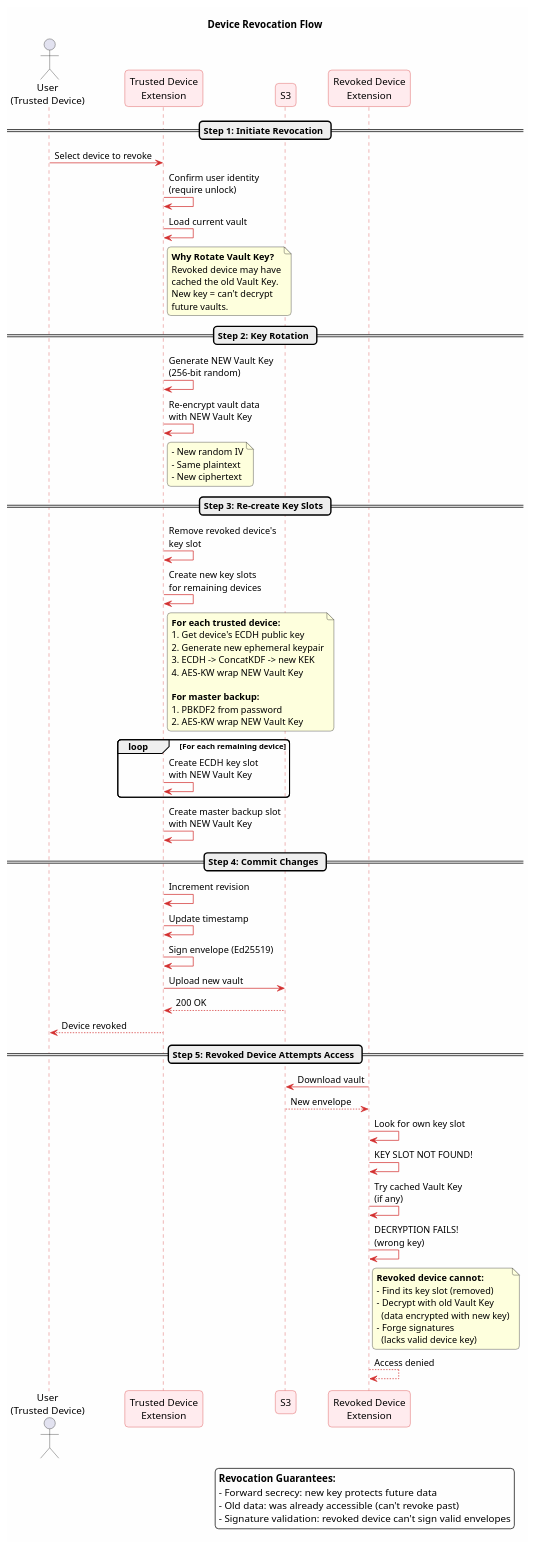
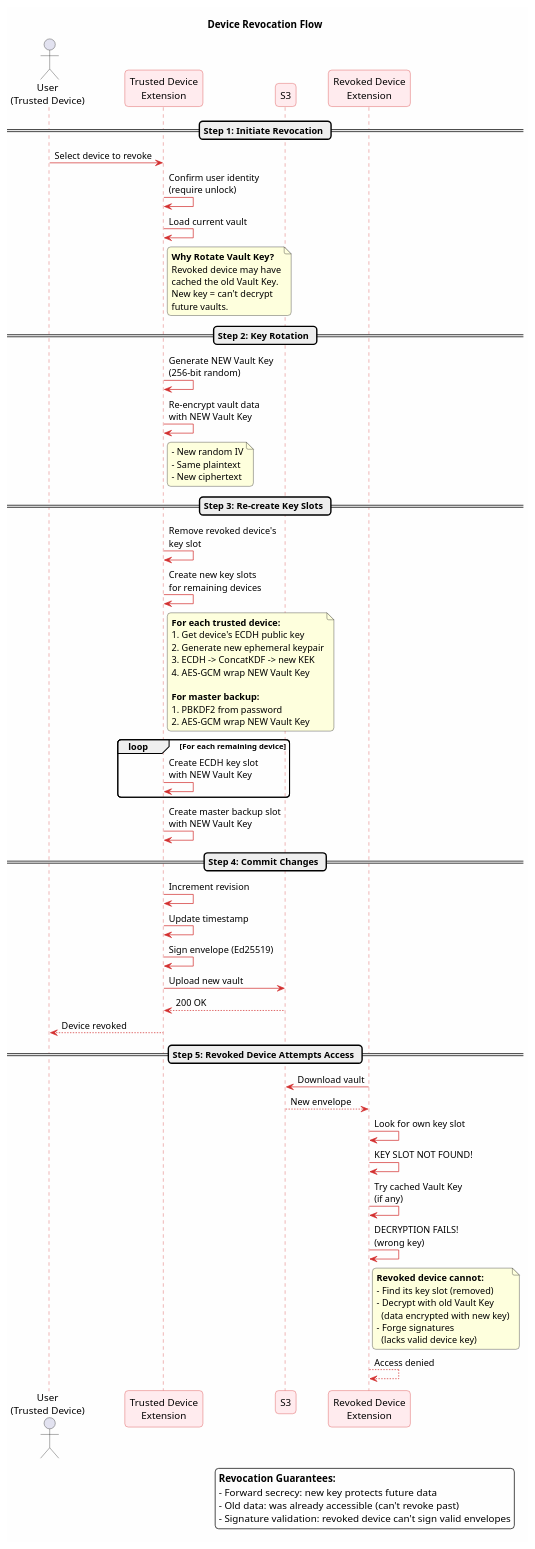
One commit to ArionStudio/engr-serverless-pm changed the diagram in docs/architecture/sequence/04-device-revocation-key-rotation.sequence.puml. Above: the diagram before and after it, drawn with PlantUML. The commit also changed 23 other files, not shown here.

First line of the commit message:
feat(extension): migrate key wrapping from AES-KW to AES-256-GCM (A256GCMKW)

```diff
--- a/docs/architecture/sequence/04-device-revocation-key-rotation.sequence.puml
+++ b/docs/architecture/sequence/04-device-revocation-key-rotation.sequence.puml
@@ -1,108 +1,108 @@
 @startuml 04-device-revocation-key-rotation
 title Device Revocation Flow
 
 skinparam backgroundColor #FEFEFE
 skinparam roundcorner 10
 skinparam shadowing false
 
 skinparam sequence {
     ArrowColor #D32F2F
     LifeLineBorderColor #D32F2F
     ParticipantBackgroundColor #FFEBEE
     ParticipantBorderColor #D32F2F
 }
 
 actor "User\n(Trusted Device)" as user
 participant "Trusted Device\nExtension" as trusted
 participant "S3" as s3
 participant "Revoked Device\nExtension" as revoked
 
 == Step 1: Initiate Revocation ==
 
 user -> trusted : Select device to revoke
 trusted -> trusted : Confirm user identity\n(require unlock)
 trusted -> trusted : Load current vault
 
 note right of trusted
     **Why Rotate Vault Key?**
     Revoked device may have
     cached the old Vault Key.
     New key = can't decrypt
     future vaults.
 end note
 
 == Step 2: Key Rotation ==
 
 trusted -> trusted : Generate NEW Vault Key\n(256-bit random)
 
 trusted -> trusted : Re-encrypt vault data\nwith NEW Vault Key
 note right of trusted
     - New random IV
     - Same plaintext
     - New ciphertext
 end note
 
 == Step 3: Re-create Key Slots ==
 
 trusted -> trusted : Remove revoked device's\nkey slot
 
 trusted -> trusted : Create new key slots\nfor remaining devices
 note right of trusted
     **For each trusted device:**
     1. Get device's ECDH public key
     2. Generate new ephemeral keypair
     3. ECDH -> ConcatKDF -> new KEK
-    4. AES-KW wrap NEW Vault Key
+    4. AES-GCM wrap NEW Vault Key
 
     **For master backup:**
     1. PBKDF2 from password
-    2. AES-KW wrap NEW Vault Key
+    2. AES-GCM wrap NEW Vault Key
 end note
 
 loop For each remaining device
     trusted -> trusted : Create ECDH key slot\nwith NEW Vault Key
 end
 
 trusted -> trusted : Create master backup slot\nwith NEW Vault Key
 
 == Step 4: Commit Changes ==
 
 trusted -> trusted : Increment revision
 trusted -> trusted : Update timestamp
 trusted -> trusted : Sign envelope (Ed25519)
 
 trusted -> s3 : Upload new vault
 s3 --> trusted : 200 OK
 
 trusted --> user : Device revoked
 
 == Step 5: Revoked Device Attempts Access ==
 
 revoked -> s3 : Download vault
 s3 --> revoked : New envelope
 
 revoked -> revoked : Look for own key slot
 revoked -> revoked : KEY SLOT NOT FOUND!
 
 revoked -> revoked : Try cached Vault Key\n(if any)
 revoked -> revoked : DECRYPTION FAILS!\n(wrong key)
 
 note right of revoked
     **Revoked device cannot:**
     - Find its key slot (removed)
     - Decrypt with old Vault Key
       (data encrypted with new key)
     - Forge signatures
       (lacks valid device key)
 end note
 
 revoked --> revoked : Access denied
 
 legend right
     **Revocation Guarantees:**
     - Forward secrecy: new key protects future data
     - Old data: was already accessible (can't revoke past)
     - Signature validation: revoked device can't sign valid envelopes
 endlegend
 
 @enduml
```
